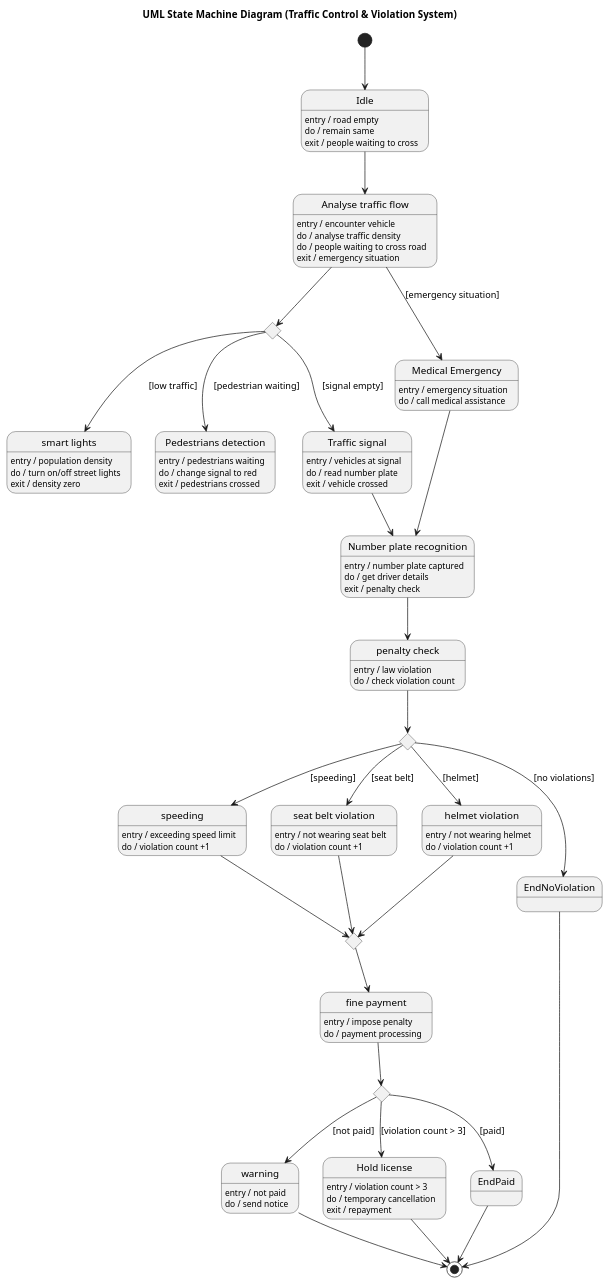
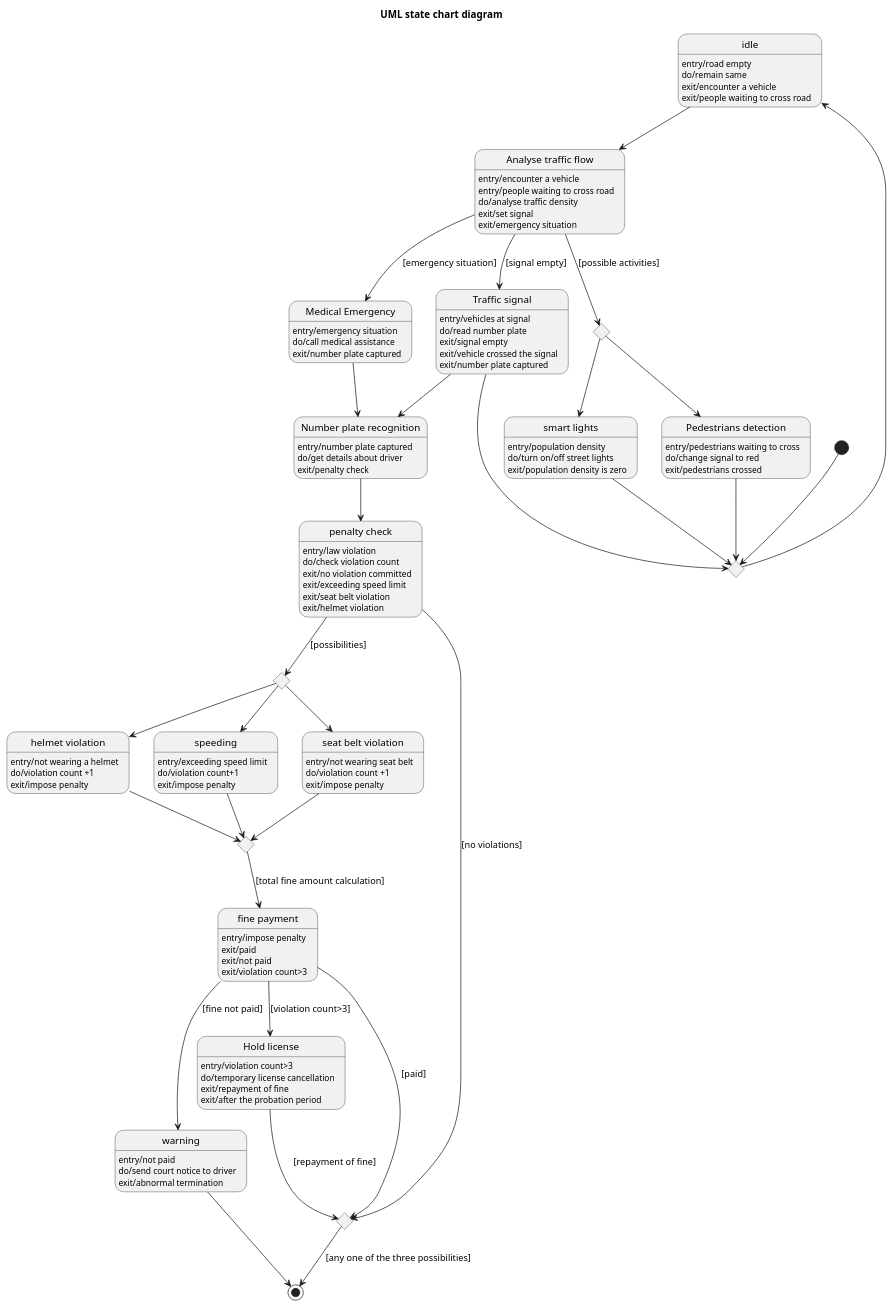
One commit to maimunafaria/State_transition_Diagram_generated_by_LLM changed the diagram in dataset/case_20_smart_traffic_management_system/diagram.puml. Above: the diagram before and after it, drawn with PlantUML. The commit also changed 28 other files, not shown here.

```diff
--- a/dataset/case_20_smart_traffic_management_system/diagram.puml
+++ b/dataset/case_20_smart_traffic_management_system/diagram.puml
@@ -1,137 +1,131 @@
 @startuml
-title UML State Machine Diagram (Traffic Control & Violation System)
+title UML state chart diagram
 
-[*] --> Idle
+state "idle" as Idle
+Idle : entry/road empty
+Idle : do/remain same
+Idle : exit/encounter a vehicle
+Idle : exit/people waiting to cross road
 
-'-----------------------
-' Idle → Traffic Analysis
-'-----------------------
-state Idle
-Idle : entry / road empty
-Idle : do / remain same
-Idle : exit / people waiting to cross
-
-Idle --> AnalyseTraffic
-
-state "Analyse traffic flow" as AnalyseTraffic
-AnalyseTraffic : entry / encounter vehicle
-AnalyseTraffic : do / analyse traffic density
-AnalyseTraffic : do / people waiting to cross road
-AnalyseTraffic : exit / emergency situation
-
-'-----------------------
-' Traffic Decisions
-'-----------------------
-state ChoiceTraffic <<choice>>
-
-AnalyseTraffic --> ChoiceTraffic
-
-ChoiceTraffic --> SmartLights : [low traffic]
-ChoiceTraffic --> Pedestrian : [pedestrian waiting]
-ChoiceTraffic --> TrafficSignal : [signal empty]
+state "Analyse traffic flow" as AnalyseTrafficFlow
+AnalyseTrafficFlow : entry/encounter a vehicle
+AnalyseTrafficFlow : entry/people waiting to cross road
+AnalyseTrafficFlow : do/analyse traffic density
+AnalyseTrafficFlow : exit/set signal
+AnalyseTrafficFlow : exit/emergency situation
 
 state "smart lights" as SmartLights
-SmartLights : entry / population density
-SmartLights : do / turn on/off street lights
-SmartLights : exit / density zero
+SmartLights : entry/population density
+SmartLights : do/turn on/off street lights
+SmartLights : exit/population density is zero
 
-state "Pedestrians detection" as Pedestrian
-Pedestrian : entry / pedestrians waiting
-Pedestrian : do / change signal to red
-Pedestrian : exit / pedestrians crossed
+state "Pedestrians detection" as PedestriansDetection
+PedestriansDetection : entry/pedestrians waiting to cross
+PedestriansDetection : do/change signal to red
+PedestriansDetection : exit/pedestrians crossed
 
 state "Traffic signal" as TrafficSignal
-TrafficSignal : entry / vehicles at signal
-TrafficSignal : do / read number plate
-TrafficSignal : exit / vehicle crossed
+TrafficSignal : entry/vehicles at signal
+TrafficSignal : do/read number plate
+TrafficSignal : exit/signal empty
+TrafficSignal : exit/vehicle crossed the signal
+TrafficSignal : exit/number plate captured
 
-'-----------------------
-' Emergency handling
-'-----------------------
-state "Medical Emergency" as Emergency
-Emergency : entry / emergency situation
-Emergency : do / call medical assistance
+state "Medical Emergency" as MedicalEmergency
+MedicalEmergency : entry/emergency situation
+MedicalEmergency : do/call medical assistance
+MedicalEmergency : exit/number plate captured
 
-AnalyseTraffic --> Emergency : [emergency situation]
-
-'-----------------------
-' Number plate + penalty
-'-----------------------
-state "Number plate recognition" as NPR
-NPR : entry / number plate captured
-NPR : do / get driver details
-NPR : exit / penalty check
-
-TrafficSignal --> NPR
-Emergency --> NPR
+state "Number plate recognition" as NumberPlateRecognition
+NumberPlateRecognition : entry/number plate captured
+NumberPlateRecognition : do/get details about driver
+NumberPlateRecognition : exit/penalty check
 
 state "penalty check" as PenaltyCheck
-PenaltyCheck : entry / law violation
-PenaltyCheck : do / check violation count
-
-NPR --> PenaltyCheck
-
-'-----------------------
-' Violation Types
-'-----------------------
-state ChoiceViolation <<choice>>
-PenaltyCheck --> ChoiceViolation
-
-ChoiceViolation --> Speeding : [speeding]
-ChoiceViolation --> Seatbelt : [seat belt]
-ChoiceViolation --> Helmet : [helmet]
-ChoiceViolation --> EndNoViolation : [no violations]
+PenaltyCheck : entry/law violation
+PenaltyCheck : do/check violation count
+PenaltyCheck : exit/no violation committed
+PenaltyCheck : exit/exceeding speed limit
+PenaltyCheck : exit/seat belt violation
+PenaltyCheck : exit/helmet violation
 
 state "speeding" as Speeding
-Speeding : entry / exceeding speed limit
-Speeding : do / violation count +1
+Speeding : entry/exceeding speed limit
+Speeding : do/violation count+1
+Speeding : exit/impose penalty
 
-state "seat belt violation" as Seatbelt
-Seatbelt : entry / not wearing seat belt
-Seatbelt : do / violation count +1
+state "seat belt violation" as SeatBeltViolation
+SeatBeltViolation : entry/not wearing seat belt
+SeatBeltViolation : do/violation count +1
+SeatBeltViolation : exit/impose penalty
 
-state "helmet violation" as Helmet
-Helmet : entry / not wearing helmet
-Helmet : do / violation count +1
+state "helmet violation" as HelmetViolation
+HelmetViolation : entry/not wearing a helmet
+HelmetViolation : do/violation count +1
+HelmetViolation : exit/impose penalty
 
-state EndNoViolation <<choice>>
-EndNoViolation --> [*]
-
-' Merge violations
-state MergeViolation <<choice>>
-Speeding --> MergeViolation
-Seatbelt --> MergeViolation
-Helmet --> MergeViolation
-
-'-----------------------
-' Fine processing
-'-----------------------
-state "fine payment" as Fine
-Fine : entry / impose penalty
-Fine : do / payment processing
-
-MergeViolation --> Fine
-
-state ChoicePayment <<choice>>
-Fine --> ChoicePayment
-
-ChoicePayment --> Warning : [not paid]
-ChoicePayment --> HoldLicense : [violation count > 3]
-ChoicePayment --> EndPaid : [paid]
+state "fine payment" as FinePayment
+FinePayment : entry/impose penalty
+FinePayment : exit/paid
+FinePayment : exit/not paid
+FinePayment : exit/violation count>3
 
 state "warning" as Warning
-Warning : entry / not paid
-Warning : do / send notice
+Warning : entry/not paid
+Warning : do/send court notice to driver
+Warning : exit/abnormal termination
 
 state "Hold license" as HoldLicense
-HoldLicense : entry / violation count > 3
-HoldLicense : do / temporary cancellation
-HoldLicense : exit / repayment
+HoldLicense : entry/violation count>3
+HoldLicense : do/temporary license cancellation
+HoldLicense : exit/repayment of fine
+HoldLicense : exit/after the probation period
 
-state EndPaid <<choice>>
-EndPaid --> [*]
+state J0 <<choice>>
+state J1 <<choice>>
+state J2 <<choice>>
+state Merge1 <<choice>>
+state Merge2 <<choice>>
+
+[*] --> J0
+
+J0 --> Idle
+SmartLights --> J0 
+PedestriansDetection --> J0 
+TrafficSignal --> J0 
+
+Idle --> AnalyseTrafficFlow
+AnalyseTrafficFlow --> J1 : [possible activities]
+
+J1 --> SmartLights
+J1 --> PedestriansDetection
+AnalyseTrafficFlow --> TrafficSignal : [signal empty]
+AnalyseTrafficFlow --> MedicalEmergency : [emergency situation]
+
+TrafficSignal --> NumberPlateRecognition
+MedicalEmergency --> NumberPlateRecognition
+NumberPlateRecognition --> PenaltyCheck
+
+PenaltyCheck --> J2 : [possibilities]
+J2 --> Speeding
+J2 --> SeatBeltViolation
+J2 --> HelmetViolation
+PenaltyCheck --> Merge2 : [no violations]
+
+Speeding --> Merge1
+SeatBeltViolation --> Merge1
+HelmetViolation --> Merge1
+
+Merge1 --> FinePayment : [total fine amount calculation]
+
+FinePayment --> Warning : [fine not paid]
+FinePayment --> HoldLicense : [violation count>3]
+FinePayment --> Merge2 : [paid]
+
+HoldLicense --> Merge2 : [repayment of fine]
+
+Merge2 --> [*] : [any one of the three possibilities]
 
 Warning --> [*]
-HoldLicense --> [*]
 
 @enduml
```
